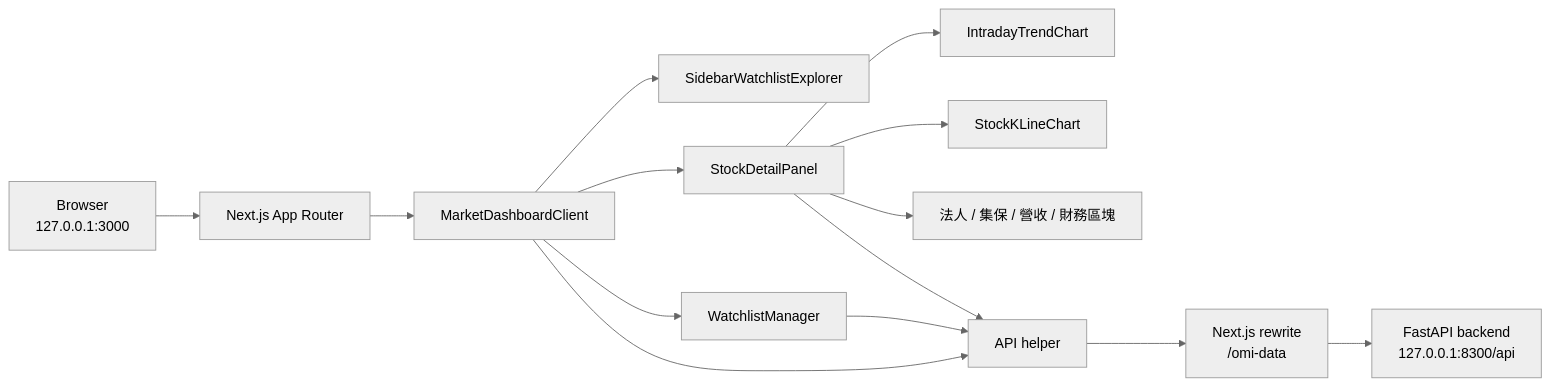
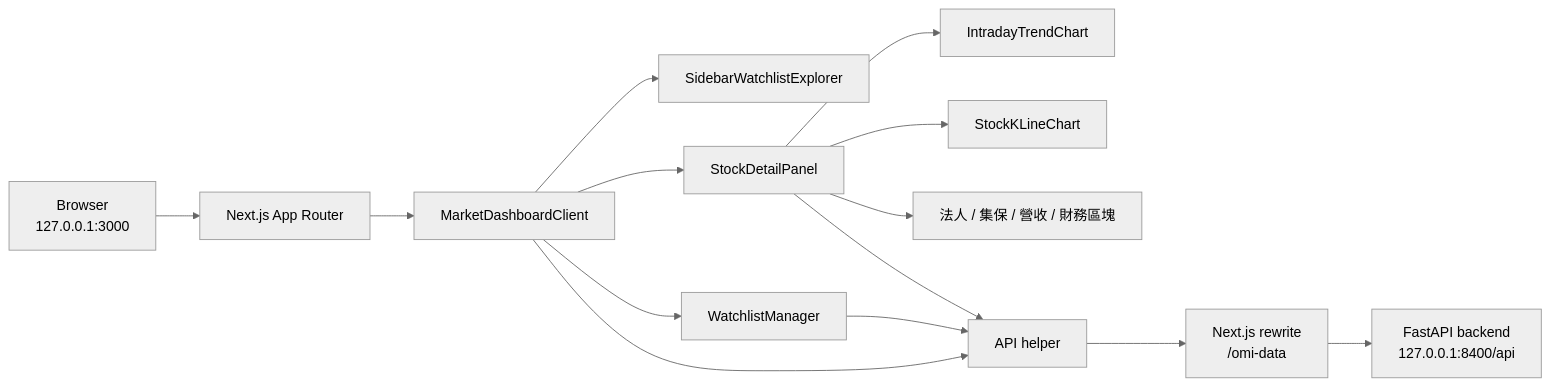
The first of 2 diagrams in frontend/README.md (lulu930128/open-market-intelligence), drawn with Mermaid (neutral theme) before and after one commit. The commit also changed other lines of this file and 59 other files, not shown here.

````diff
--- a/frontend/README.md
+++ b/frontend/README.md
@@ -17,18 +17,18 @@
 ```mermaid
 flowchart LR
     browser["Browser<br/>127.0.0.1:3000"] --> app["Next.js App Router"]
     app --> dashboard["MarketDashboardClient"]
     dashboard --> sidebar["SidebarWatchlistExplorer"]
     dashboard --> detail["StockDetailPanel"]
     dashboard --> manager["WatchlistManager"]
 
     detail --> intraday["IntradayTrendChart"]
     detail --> kline["StockKLineChart"]
     detail --> panels["法人 / 集保 / 營收 / 財務區塊"]
 
     dashboard --> apiClient["API helper"]
     detail --> apiClient
     manager --> apiClient
     apiClient --> rewrite["Next.js rewrite<br/>/omi-data"]
-    rewrite --> backend["FastAPI backend<br/>127.0.0.1:8300/api"]
+    rewrite --> backend["FastAPI backend<br/>127.0.0.1:8400/api"]
 ```
````
